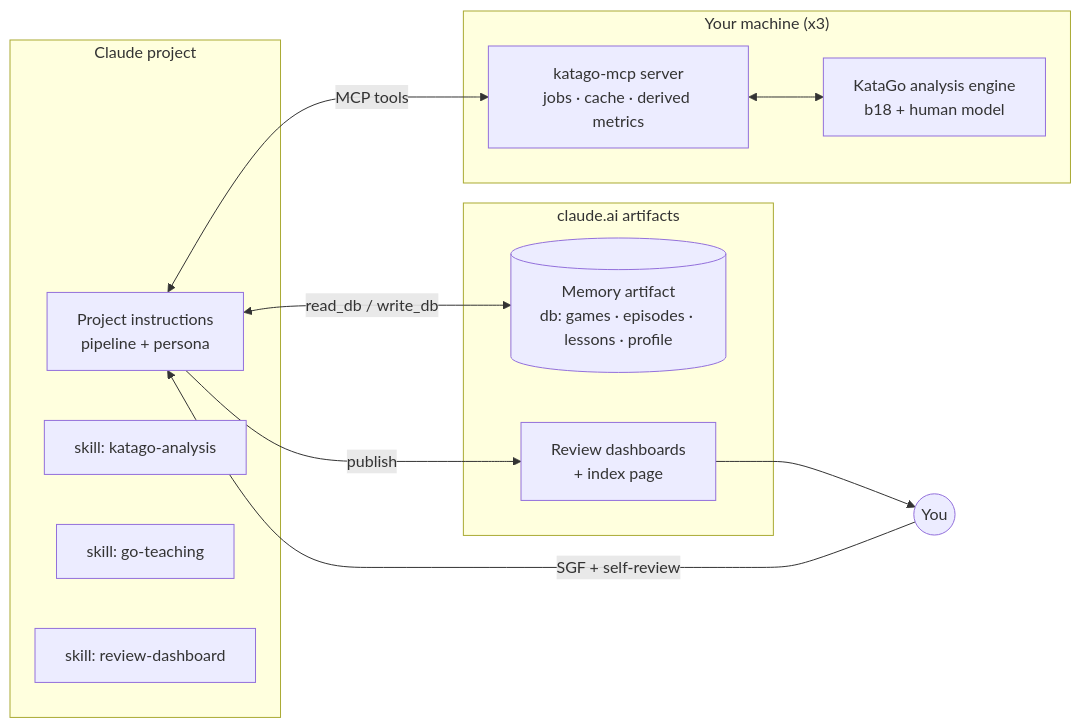
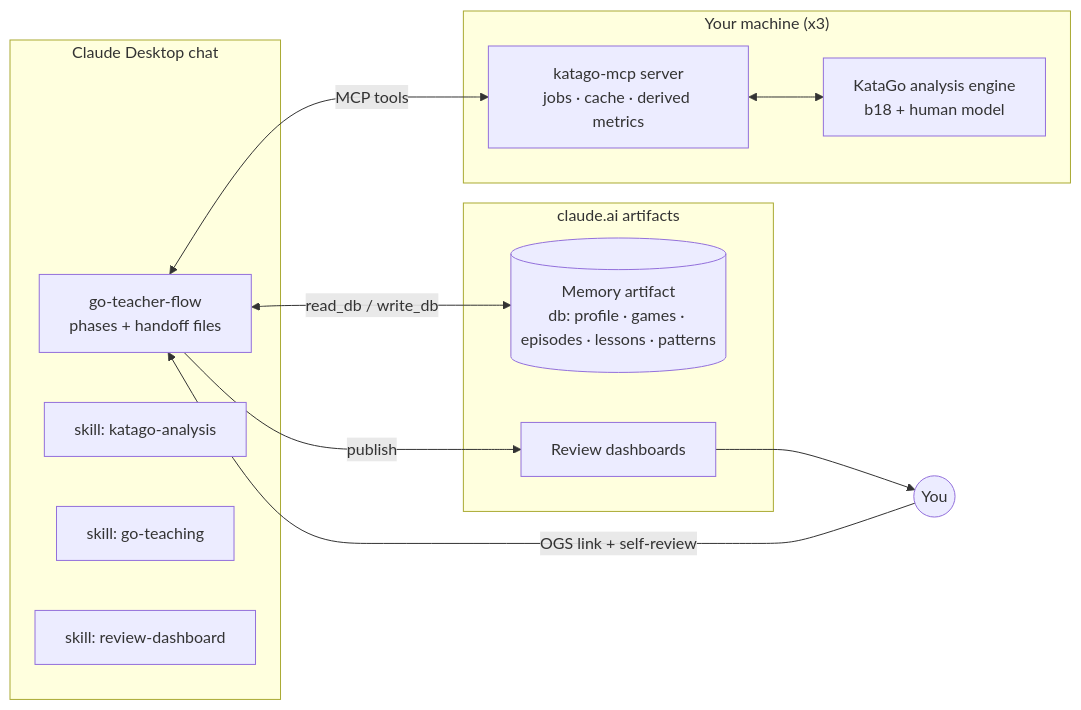
The diagram in docs/plan.md (VexedPanda888/Go-Teacher), drawn with Mermaid before and after one commit. The commit also changed other lines of this file and 12 other files, not shown here.

````diff
--- a/docs/plan.md
+++ b/docs/plan.md
@@ -56,23 +57,23 @@
 ```mermaid
 flowchart LR
   subgraph Machine["Your machine (x3)"]
     KG["KataGo analysis engine<br/>b18 + human model"]
     MCP["katago-mcp server<br/>jobs · cache · derived metrics"]
     MCP <--> KG
   end
-  subgraph Claude["Claude project"]
-    PI["Project instructions<br/>pipeline + persona"]
+  subgraph Claude["Claude Desktop chat"]
+    PI["go-teacher-flow<br/>phases + handoff files"]
     S1["skill: katago-analysis"]
     S2["skill: go-teaching"]
     S3["skill: review-dashboard"]
   end
   subgraph Cloud["claude.ai artifacts"]
-    MEM[("Memory artifact<br/>db: games · episodes · lessons · profile")]
-    DASH["Review dashboards<br/>+ index page"]
+    MEM[("Memory artifact<br/>db: profile · games · episodes · lessons · patterns")]
+    DASH["Review dashboards"]
   end
-  You((You)) -->|SGF + self-review| PI
+  You((You)) -->|OGS link + self-review| PI
   PI <-->|MCP tools| MCP
   PI <-->|read_db / write_db| MEM
   PI -->|publish| DASH
   DASH --> You
 ```
````
